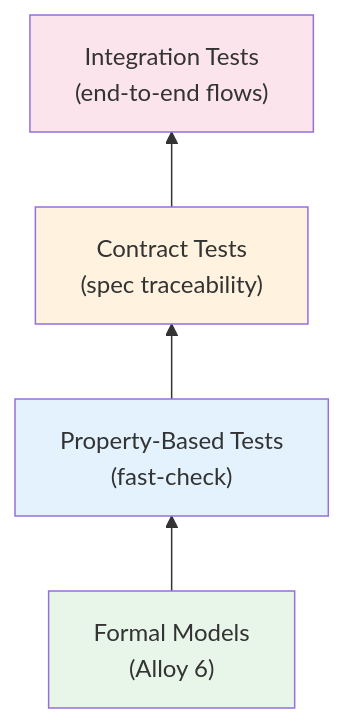
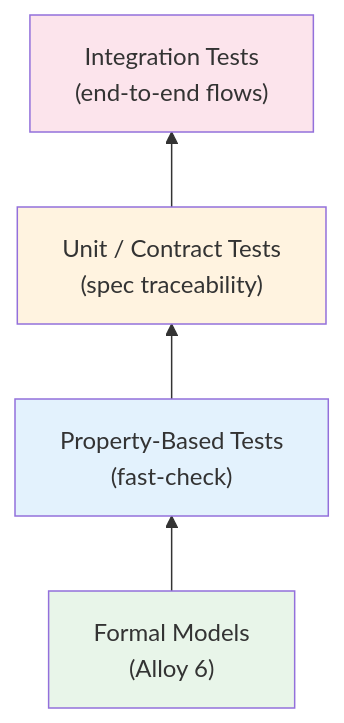
Diagram 17 of 17 in docs/design21.md (ohpauleez/devbox), drawn with Mermaid before and after one commit. The commit also changed other lines of this file and 1 other file, not shown here.

````diff
--- a/docs/design21.md
+++ b/docs/design21.md
@@ -1044,11 +1043,11 @@
 ```mermaid
 graph BT
     FM["Formal Models<br/>(Alloy 6)"] --> PBT["Property-Based Tests<br/>(fast-check)"]
-    PBT --> CT["Contract Tests<br/>(spec traceability)"]
+    PBT --> CT["Unit / Contract Tests<br/>(spec traceability)"]
     CT --> IT["Integration Tests<br/>(end-to-end flows)"]
 
     style FM fill:#e8f5e9
     style PBT fill:#e3f2fd
     style CT fill:#fff3e0
     style IT fill:#fce4ec
 ```
````
